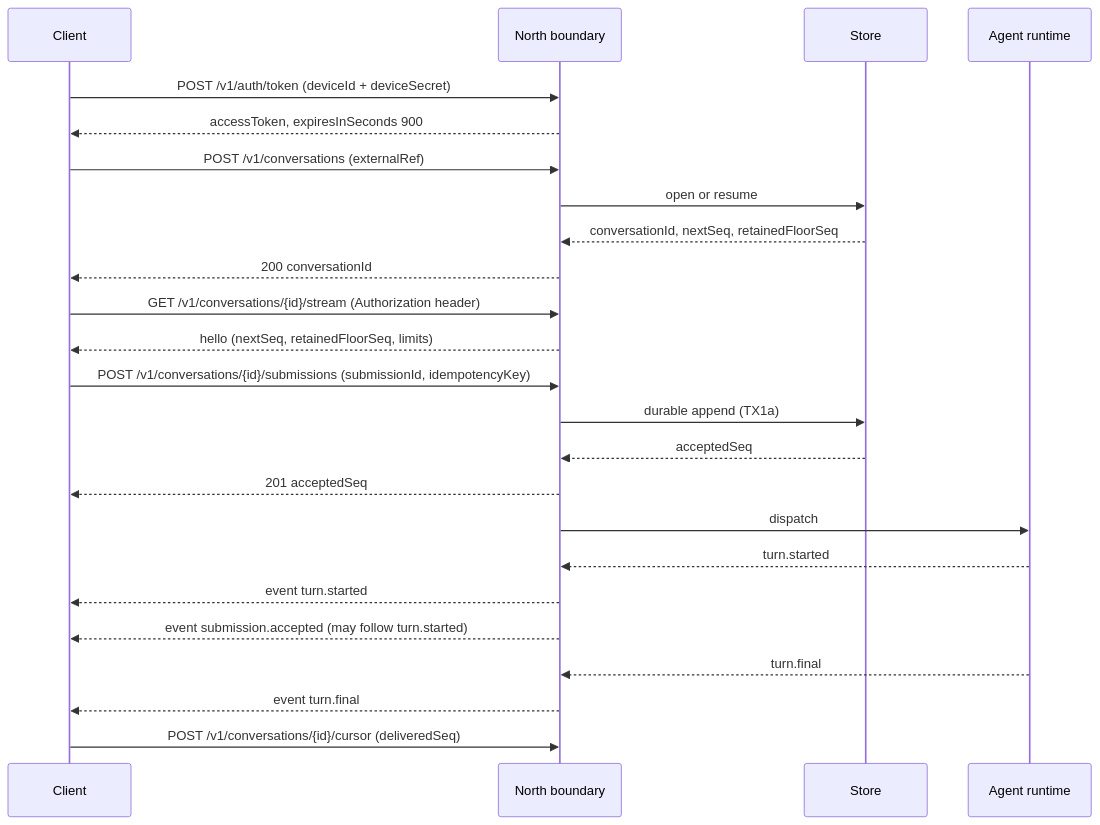
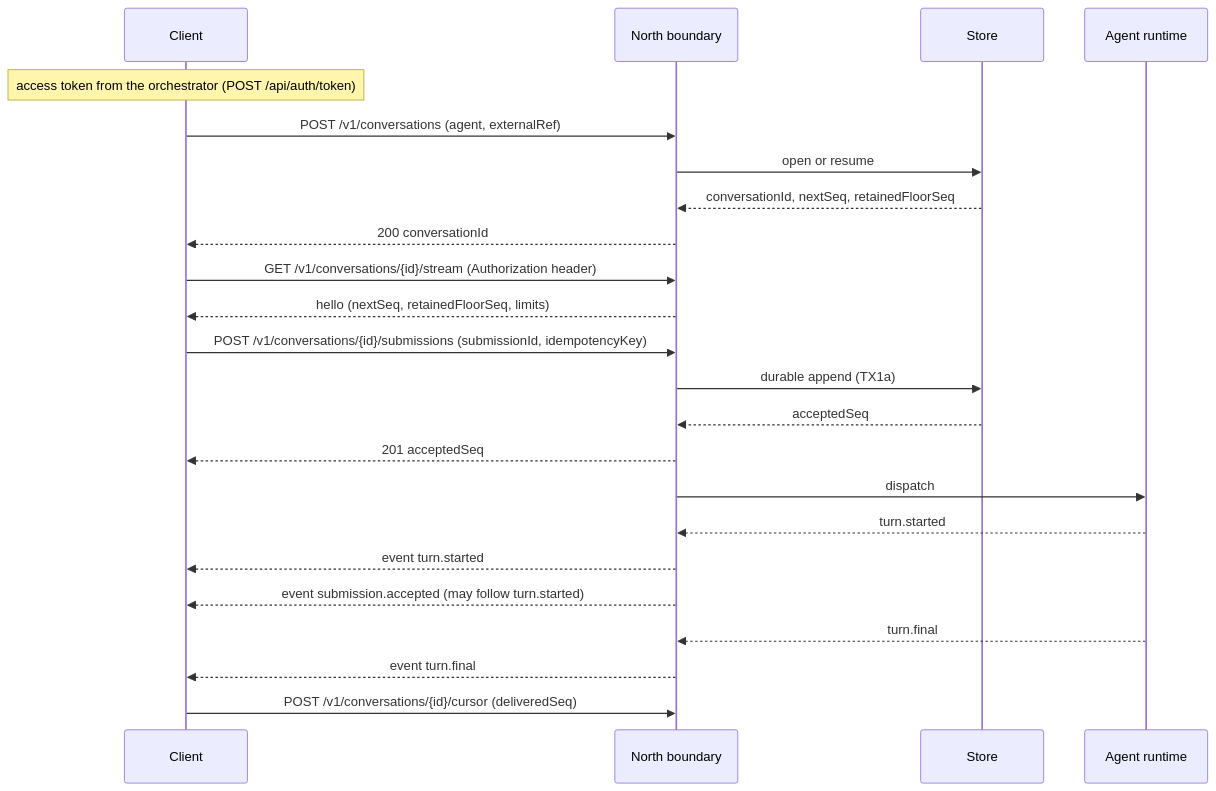
The first of 4 diagrams in docs/first-party-api.md (anurmatov/phleet), drawn with Mermaid before and after one commit. The commit also changed other lines of this file and 7 other files, not shown here.

````diff
--- a/docs/first-party-api.md
+++ b/docs/first-party-api.md
@@ -930,27 +826,26 @@
 ```mermaid
 sequenceDiagram
     participant C as Client
     participant N as North boundary
     participant S as Store
     participant A as Agent runtime
 
-    C->>N: POST /v1/auth/token (deviceId + deviceSecret)
-    N-->>C: accessToken, expiresInSeconds 900
-    C->>N: POST /v1/conversations (externalRef)
+    Note over C: access token from the orchestrator (POST /api/auth/token)
+    C->>N: POST /v1/conversations (agent, externalRef)
     N->>S: open or resume
     S-->>N: conversationId, nextSeq, retainedFloorSeq
     N-->>C: 200 conversationId
     C->>N: GET /v1/conversations/{id}/stream (Authorization header)
     N-->>C: hello (nextSeq, retainedFloorSeq, limits)
     C->>N: POST /v1/conversations/{id}/submissions (submissionId, idempotencyKey)
     N->>S: durable append (TX1a)
     S-->>N: acceptedSeq
     N-->>C: 201 acceptedSeq
     N->>A: dispatch
     A-->>N: turn.started
     N-->>C: event turn.started
     N-->>C: event submission.accepted (may follow turn.started)
     A-->>N: turn.final
     N-->>C: event turn.final
     C->>N: POST /v1/conversations/{id}/cursor (deliveredSeq)
 ```
````
